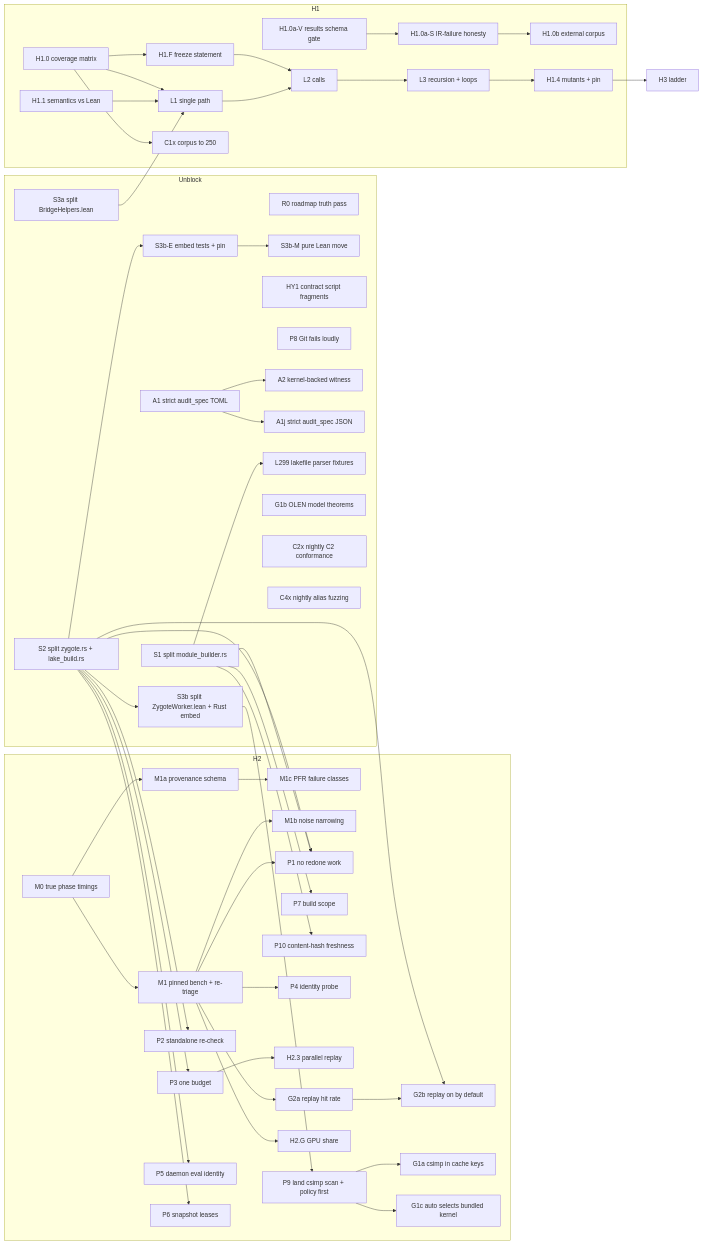
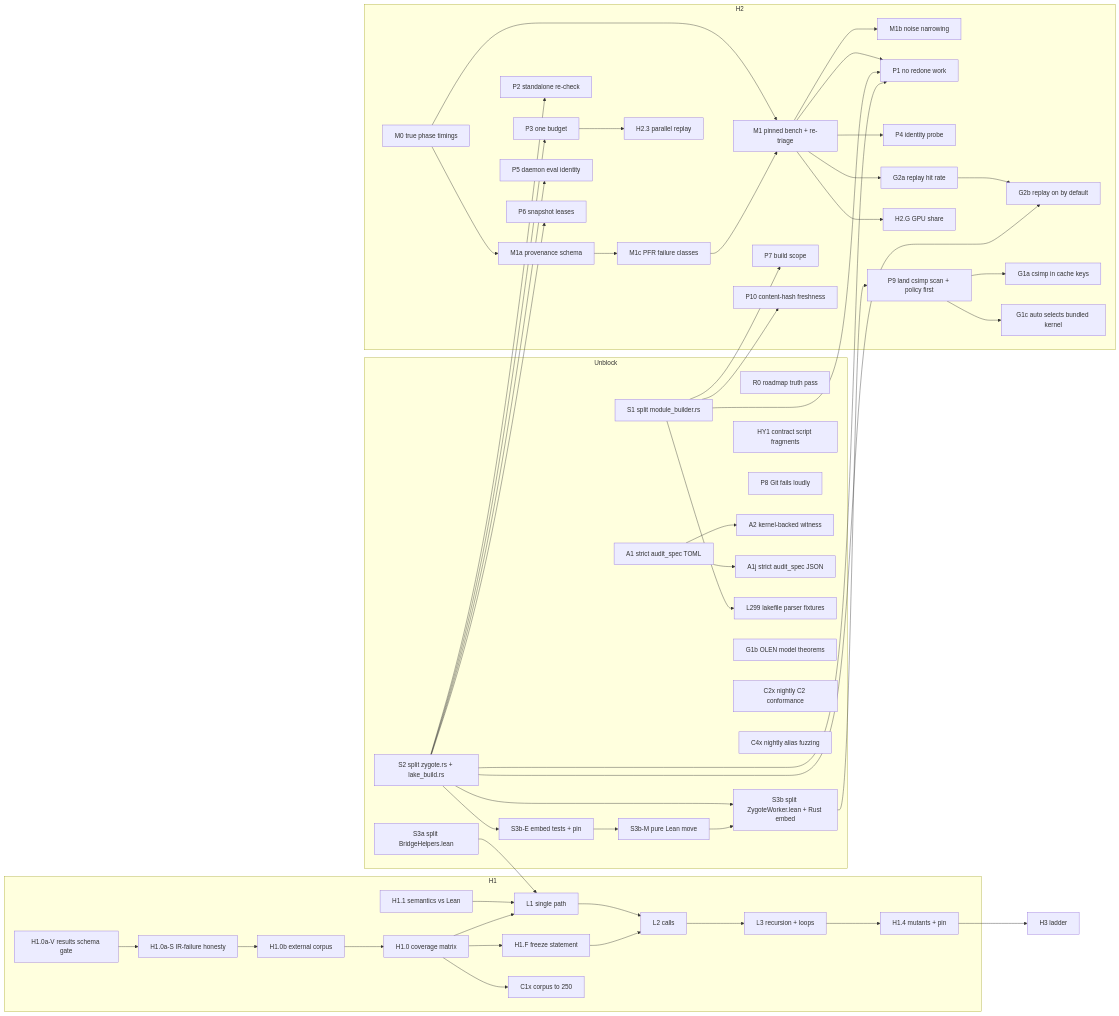
Before and after one commit to Th0rgal/turbo-lean: the diagram in roadmap/HORIZONS.md, drawn with Mermaid. The commit also changed other lines of this file, not shown here.

First line of the commit message:
docs(roadmap): R0d review fixes — completion edges, H1.0b unmeasured block, durable wording

````diff
--- a/roadmap/HORIZONS.md
+++ b/roadmap/HORIZONS.md
@@ -99,62 +99,65 @@
 ```mermaid
 flowchart LR
   subgraph Unblock
     R0[R0 roadmap truth pass]
     S1[S1 split module_builder.rs]
     S2[S2 split zygote.rs + lake_build.rs]
     S3a[S3a split BridgeHelpers.lean]
     S3b[S3b split ZygoteWorker.lean + Rust embed]
     S3bE[S3b-E embed tests + pin]
     S3bM[S3b-M pure Lean move]
     HY1[HY1 contract script fragments]
     P8[P8 Git fails loudly]
     A1[A1 strict audit_spec TOML]
     A1 --> A2[A2 kernel-backed witness]
     A1 --> A1j[A1j strict audit_spec JSON]
     S1 --> L299[L299 lakefile parser fixtures]
     G1b[G1b OLEN model theorems]
     C2x[C2x nightly C2 conformance]
     C4x[C4x nightly alias fuzzing]
   end
   subgraph H2
     M0[M0 true phase timings] --> M1[M1 pinned bench + re-triage]
     M0 --> M1a[M1a provenance schema]
     M1a --> M1c[M1c PFR failure classes]
+    M1c --> M1
     M1 --> M1b[M1b noise narrowing]
     M1 --> P1[P1 no redone work]
     S1 --> P1
     S2 --> P1
     S2 --> P2[P2 standalone re-check]
     S2 --> P3[P3 one budget]
     S2 --> P5[P5 daemon eval identity]
     S2 --> P6[P6 snapshot leases]
     S1 --> P7[P7 build scope]
     S1 --> P10[P10 content-hash freshness]
     M1 --> P4[P4 identity probe]
     P3 --> H23[H2.3 parallel replay]
     M1 --> G2a[G2a replay hit rate] --> G2b[G2b replay on by default]
     S2 --> G2b
     M1 --> H2G[H2.G GPU share]
     P9[P9 land csimp scan + policy first] --> G1a[G1a csimp in cache keys]
     P9 --> G1c[G1c auto selects bundled kernel]
   end
   subgraph H1
     H10[H1.0 coverage matrix]
     H10aV[H1.0a-V results schema gate] --> H10aS[H1.0a-S IR-failure honesty]
     H10aS --> H10b[H1.0b external corpus]
+    H10b --> H10
     H10 --> HF[H1.F freeze statement]
     H11[H1.1 semantics vs Lean] --> L1[L1 single path]
     S3a --> L1
     H10 --> L1
     H10 --> C1x[C1x corpus to 250]
     L1 --> L2[L2 calls]
     HF --> L2
     L2 --> L3[L3 recursion + loops]
     L3 --> H14[H1.4 mutants + pin]
   end
   H14 --> H3[H3 ladder]
   S2 --> S3b
   S2 --> S3bE
   S3bE --> S3bM
+  S3bM --> S3b
   S3b --> P9
 ```
````
